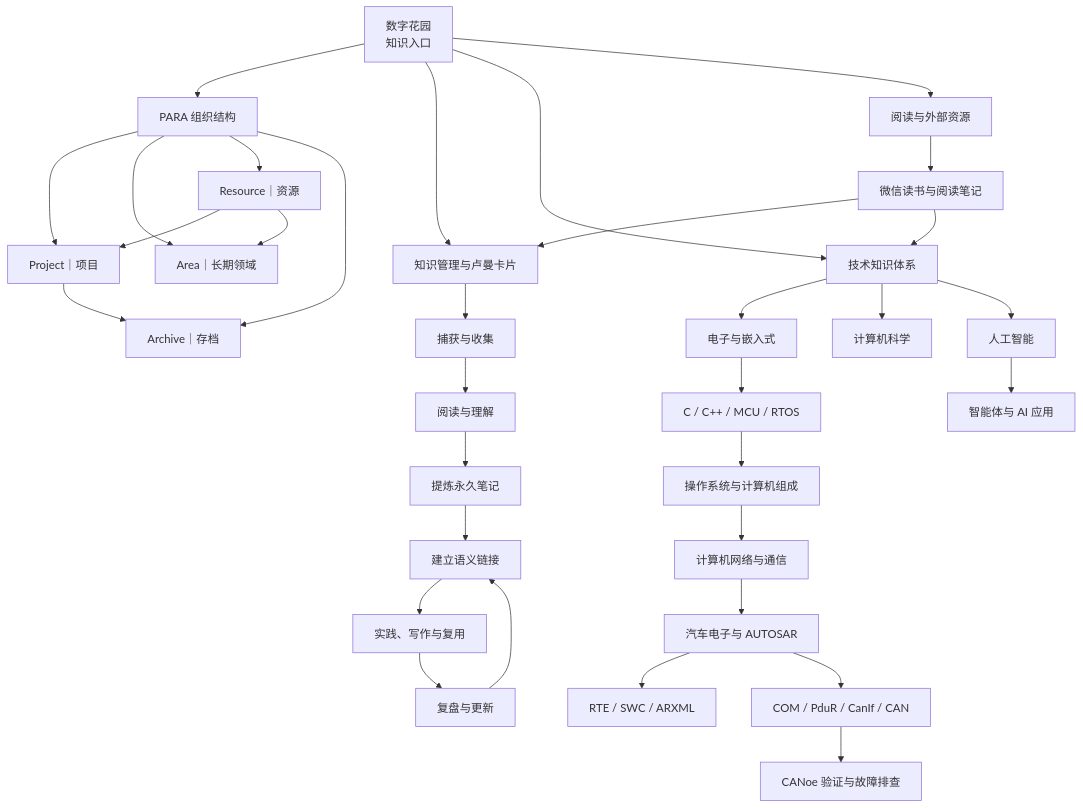
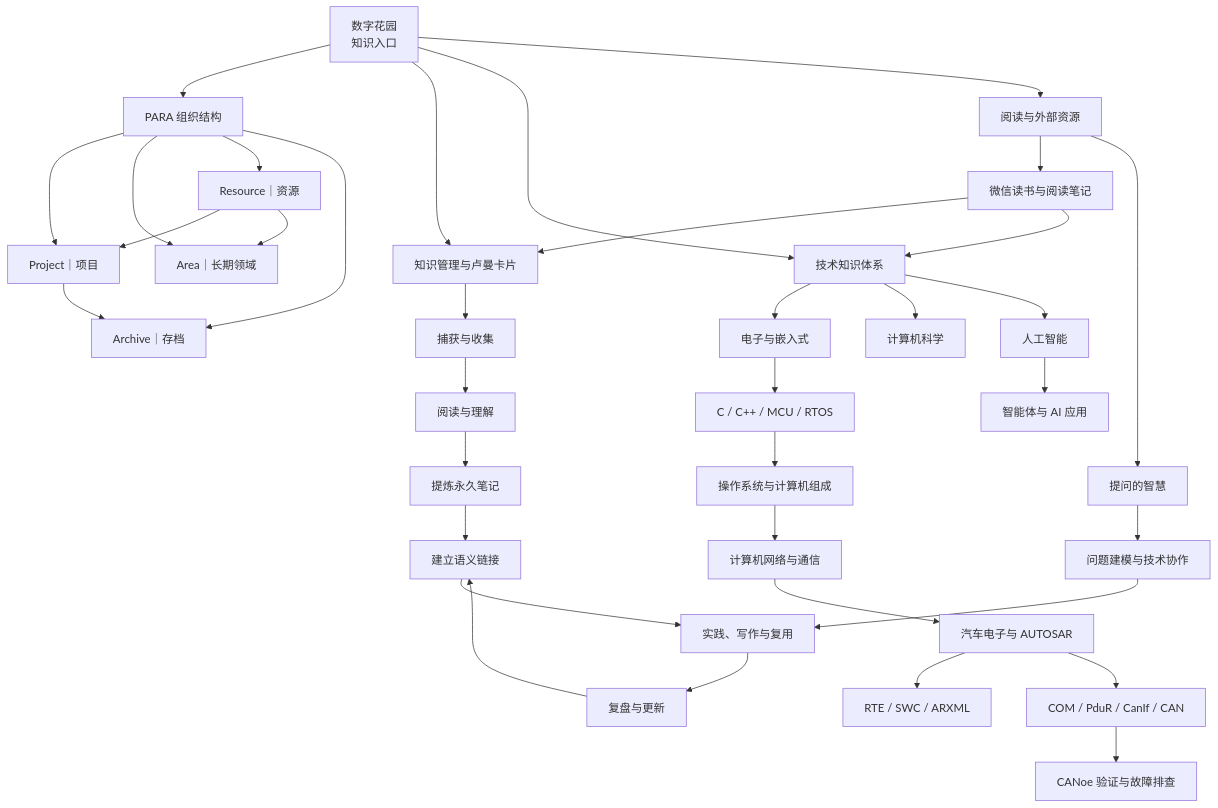
Before and after one commit to ilikui/NotesBook: the first of 4 diagrams in content/关系图谱.md, drawn with Mermaid. The commit also changed other lines of this file, not shown here.

Commit message:
docs: connect question guide in knowledge graph

````diff
--- a/content/关系图谱.md
+++ b/content/关系图谱.md
@@ -20,39 +20,42 @@
 ```mermaid
 flowchart TD
     ROOT["数字花园<br/>知识入口"] --> PARA["PARA 组织结构"]
     ROOT --> KM["知识管理与卢曼卡片"]
     ROOT --> TECH["技术知识体系"]
     ROOT --> READ["阅读与外部资源"]
 
     PARA --> P["Project｜项目"]
     PARA --> A["Area｜长期领域"]
     PARA --> R["Resource｜资源"]
     PARA --> AR["Archive｜存档"]
 
     KM --> IN["捕获与收集"]
     IN --> READFLOW["阅读与理解"]
     READFLOW --> NOTE["提炼永久笔记"]
     NOTE --> LINK["建立语义链接"]
     LINK --> APPLY["实践、写作与复用"]
     APPLY --> REVIEW["复盘与更新"]
     REVIEW --> LINK
 
     TECH --> EE["电子与嵌入式"]
     TECH --> CS["计算机科学"]
     TECH --> AI["人工智能"]
     EE --> EMB["C / C++ / MCU / RTOS"]
     EMB --> OS["操作系统与计算机组成"]
     OS --> NET["计算机网络与通信"]
     NET --> AUTO["汽车电子与 AUTOSAR"]
     AUTO --> RTE["RTE / SWC / ARXML"]
     AUTO --> COM["COM / PduR / CanIf / CAN"]
     COM --> TEST["CANoe 验证与故障排查"]
     AI --> AGENT["智能体与 AI 应用"]
 
     READ --> BOOKS["微信读书与阅读笔记"]
+    READ --> ASK["提问的智慧"]
     BOOKS --> KM
     BOOKS --> TECH
+    ASK --> DEBUG["问题建模与技术协作"]
+    DEBUG --> APPLY
     R --> P
     R --> A
     P --> AR
 ```
````
